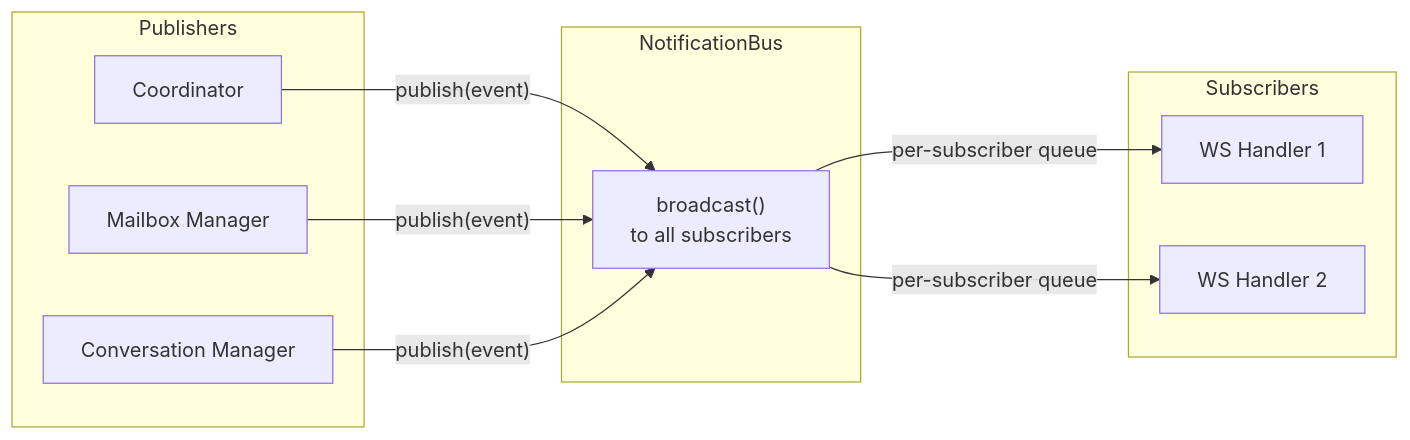
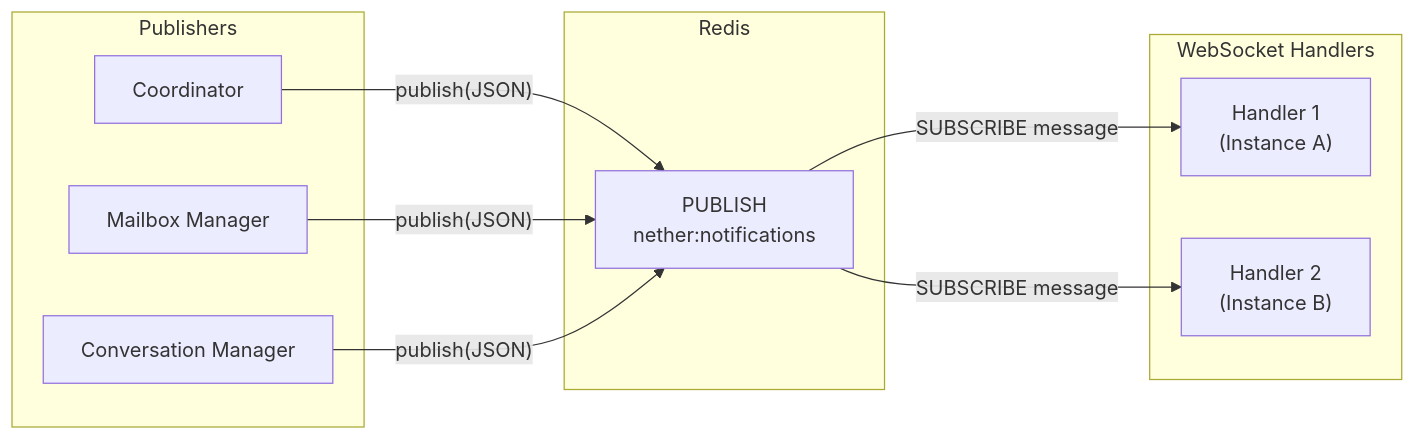
One commit to Wh1isper/netherbrain changed the second of 3 diagrams in spec/agent_runtime/10-notifications.md. Above: the diagram before and after it, drawn with Mermaid. The commit also changed other lines of this file and 44 other files, not shown here.

````diff
--- a/spec/agent_runtime/10-notifications.md
+++ b/spec/agent_runtime/10-notifications.md
@@ -187,20 +196,20 @@
 ```mermaid
 flowchart LR
     subgraph Publishers
         P1["Coordinator"]
         P2["Mailbox Manager"]
         P3["Conversation Manager"]
     end
 
-    subgraph Bus["NotificationBus"]
-        Q["broadcast()<br/>to all subscribers"]
+    subgraph Redis
+        CH["PUBLISH<br/>nether:notifications"]
     end
 
-    subgraph Subscribers
-        S1["WS Handler 1"]
-        S2["WS Handler 2"]
+    subgraph Subscribers["WebSocket Handlers"]
+        S1["Handler 1<br/>(Instance A)"]
+        S2["Handler 2<br/>(Instance B)"]
     end
 
-    P1 & P2 & P3 -->|"publish(event)"| Q
-    Q -->|"per-subscriber queue"| S1 & S2
+    P1 & P2 & P3 -->|"publish(JSON)"| CH
+    CH -->|"SUBSCRIBE message"| S1 & S2
 ```
````
